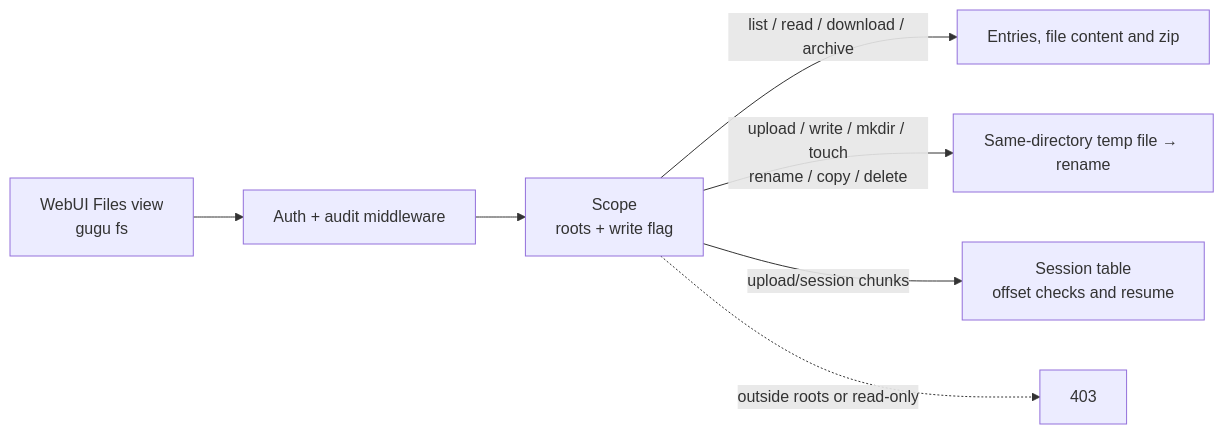
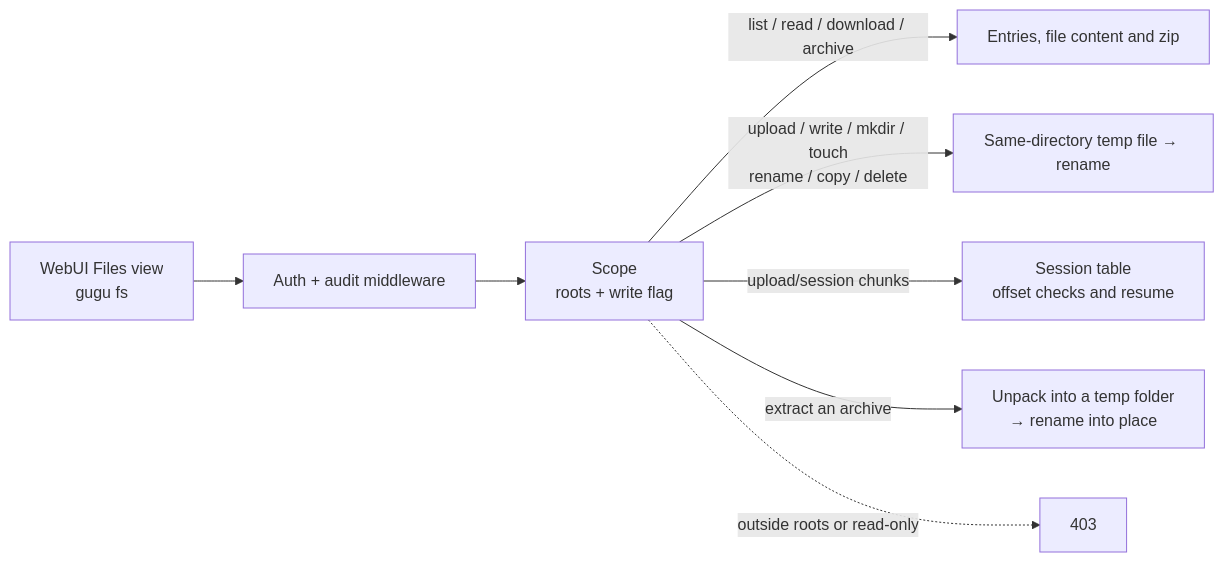
The first of 2 diagrams in README_EN.md (hongweifei/gugu-guard), drawn with Mermaid before and after one commit. The commit also changed other lines of this file and 13 other files, not shown here.

````diff
--- a/README_EN.md
+++ b/README_EN.md
@@ -504,9 +506,10 @@
 ```mermaid
 flowchart LR
     U["WebUI Files view<br/>gugu fs"] --> A["Auth + audit middleware"]
     A --> S["Scope<br/>roots + write flag"]
     S -->|"list / read / download / archive"| R["Entries, file content and zip"]
     S -->|"upload / write / mkdir / touch<br/>rename / copy / delete"| W["Same-directory temp file → rename"]
     S -->|"upload/session chunks"| C["Session table<br/>offset checks and resume"]
+    S -->|"extract an archive"| X["Unpack into a temp folder<br/>→ rename into place"]
     S -.->|"outside roots or read-only"| D["403"]
 ```
````
